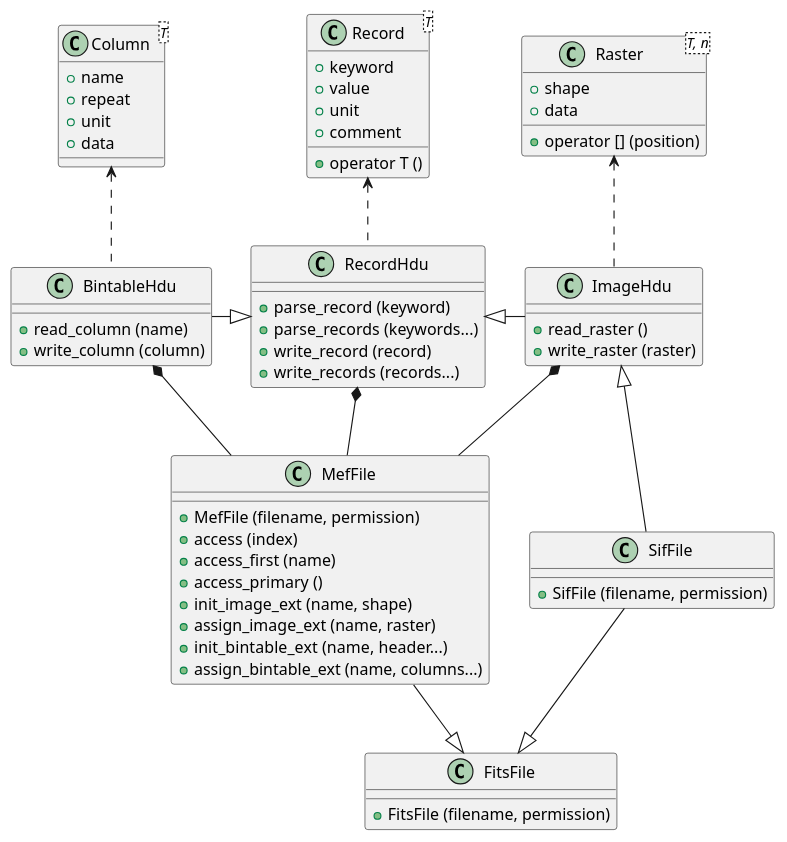
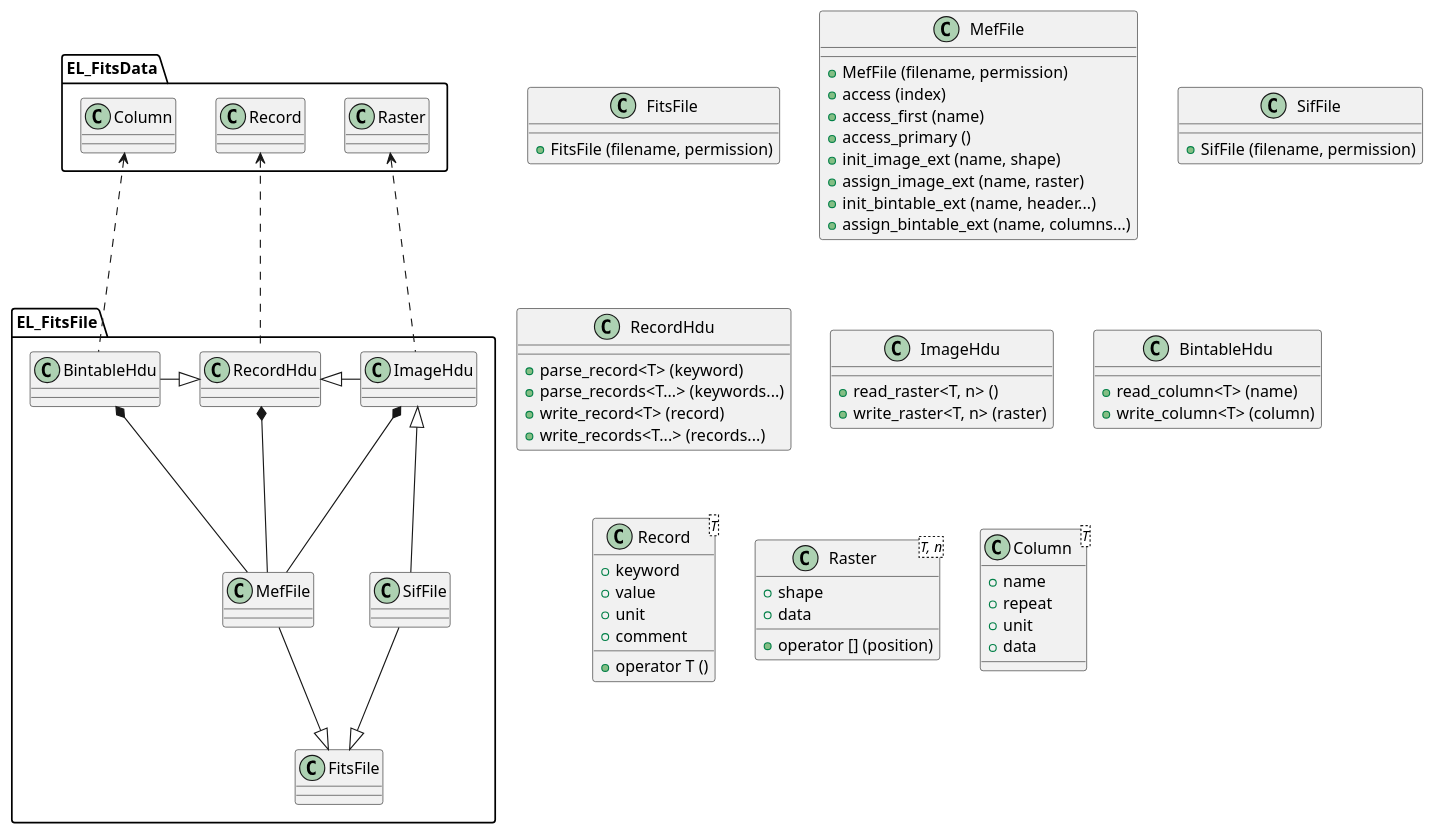
The diagram in doc/diagrams/src/FitsFile.puml (CNES/EleFits), drawn with PlantUML before and after one commit. The commit also changed 5 other files, not shown here.

```diff
--- a/doc/diagrams/src/FitsFile.puml
+++ b/doc/diagrams/src/FitsFile.puml
@@ -1,75 +1,83 @@
-@startuml
+@startuml End-user API
 
-Raster <.. ImageHdu
-Column <.. BintableHdu
-Record <.. RecordHdu
+package EL_FitsFile {
 
 RecordHdu <|- ImageHdu
 BintableHdu -|> RecordHdu
 
 BintableHdu *-- MefFile
 RecordHdu *-- MefFile
 ImageHdu *-- MefFile
 
 MefFile --|> FitsFile
 SifFile --|> FitsFile
 ImageHdu <|-- SifFile
+
+}
+
+package EL_FitsData {
+
+Raster <.. ImageHdu
+Column <.. BintableHdu
+Record <.. RecordHdu
+
+}
 
 class FitsFile {
 + FitsFile (filename, permission)
 }
 
 class MefFile {
 + MefFile (filename, permission)
 + access (index)
 + access_first (name)
 + access_primary ()
 + init_image_ext (name, shape)
 + assign_image_ext (name, raster)
 + init_bintable_ext (name, header...)
 + assign_bintable_ext (name, columns...)
 }
 
 class SifFile {
 + SifFile (filename, permission)
 }
 
 class RecordHdu {
-+ parse_record (keyword)
-+ parse_records (keywords...)
-+ write_record (record)
-+ write_records (records...)
++ parse_record<T> (keyword)
++ parse_records<T...> (keywords...)
++ write_record<T> (record)
++ write_records<T...> (records...)
 }
 
 class ImageHdu {
-+ read_raster ()
-+ write_raster (raster)
++ read_raster<T, n> ()
++ write_raster<T, n> (raster)
 }
 
 class BintableHdu {
-+ read_column (name)
-+ write_column (column)
++ read_column<T> (name)
++ write_column<T> (column)
 }
 
 class Record<T> {
 + keyword
 + value
 + unit
 + comment
 + operator T ()
 }
 
 class Raster<T, n> {
 + shape
 + data
 + operator [] (position)
 }
 
 class Column<T> {
 + name
 + repeat
 + unit
 + data
 }
 
 @enduml
```
